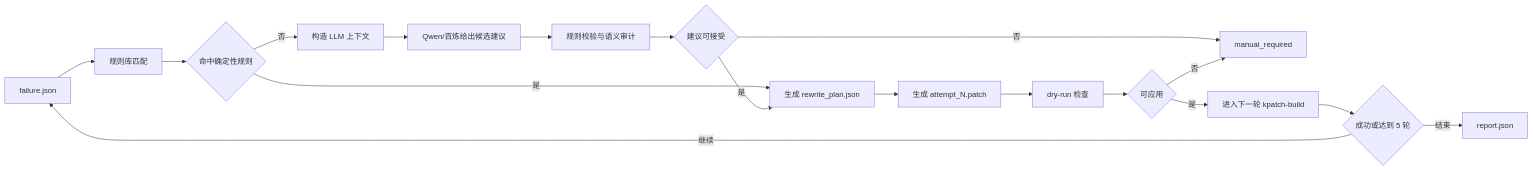
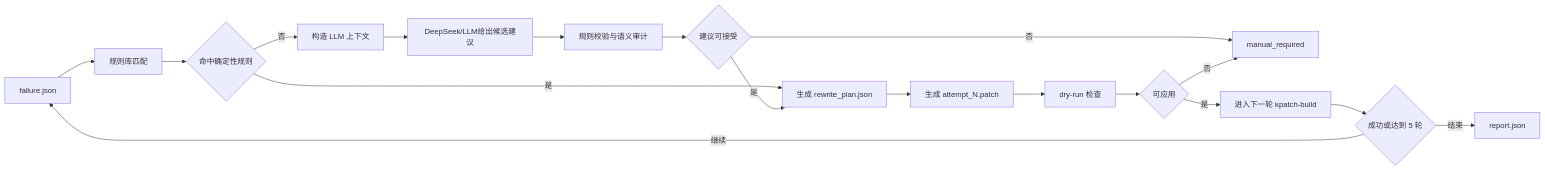
One commit to lsbbdbb/kernel_project_v1 changed diagram 11 of 13 in README.md. Above: the diagram before and after it, drawn with Mermaid. The commit also changed other lines of this file and 54 other files, not shown here.

````diff
--- a/README.md
+++ b/README.md
@@ -1010,20 +1010,20 @@
 ```mermaid
 flowchart LR
     A["failure.json"] --> B["规则库匹配"]
     B --> C{"命中确定性规则"}
     C -- "是" --> D["生成 rewrite_plan.json"]
     C -- "否" --> E["构造 LLM 上下文"]
-    E --> F["Qwen/百炼给出候选建议"]
+    E --> F["DeepSeek/LLM给出候选建议"]
     F --> G["规则校验与语义审计"]
     G --> H{"建议可接受"}
     H -- "否" --> I["manual_required"]
     H -- "是" --> D
     D --> J["生成 attempt_N.patch"]
     J --> K["dry-run 检查"]
     K --> L{"可应用"}
     L -- "否" --> I
     L -- "是" --> M["进入下一轮 kpatch-build"]
     M --> N{"成功或达到 5 轮"}
     N -- "继续" --> A
     N -- "结束" --> O["report.json"]
 ```
````
